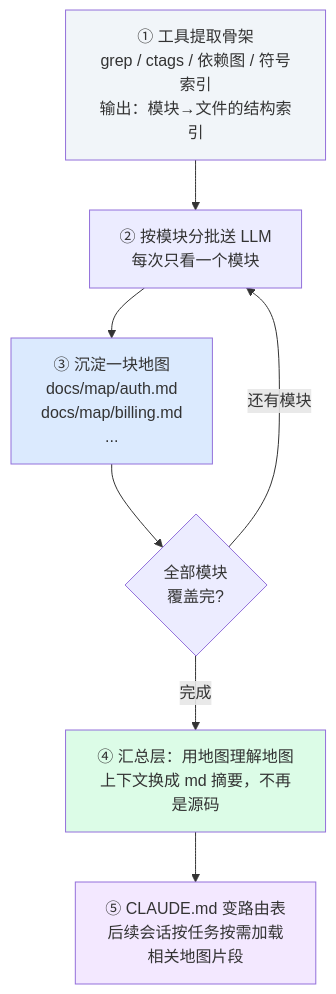
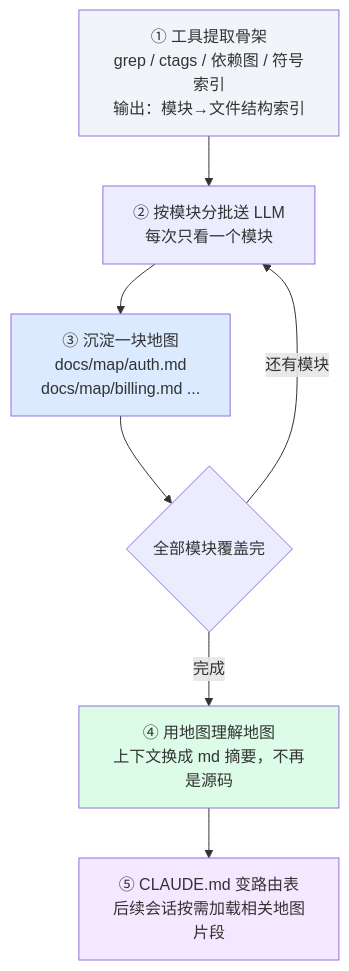
The second of 3 diagrams in retro-fit/历史代码治理实践报告.md (whaili/ArchNotes), drawn with Mermaid before and after one commit. The commit also changed other lines of this file, not shown here.

First line of the commit message:
docs: 修正 Mermaid 图表语法兼容性

````diff
--- a/retro-fit/历史代码治理实践报告.md
+++ b/retro-fit/历史代码治理实践报告.md
@@ -127,14 +127,14 @@
 ```mermaid
 flowchart TD
-    A["① 工具提取骨架<br/>grep / ctags / 依赖图 / 符号索引<br/>输出：模块→文件的结构索引"] --> B
-    B["② 按模块分批送 LLM<br/>每次只看一个模块"] --> C
-    C["③ 沉淀一块地图<br/>docs/map/auth.md<br/>docs/map/billing.md<br/>..."] --> D{全部模块<br/>覆盖完?}
-    D -- 还有模块 --> B
-    D -- 完成 --> E["④ 汇总层：用地图理解地图<br/>上下文换成 md 摘要，不再是源码"]
-    E --> F["⑤ CLAUDE.md 变路由表<br/>后续会话按任务按需加载<br/>相关地图片段"]
+    A["① 工具提取骨架<br>grep / ctags / 依赖图 / 符号索引<br>输出：模块→文件结构索引"] --> B
+    B["② 按模块分批送 LLM<br>每次只看一个模块"] --> C
+    C["③ 沉淀一块地图<br>docs/map/auth.md<br>docs/map/billing.md ..."] --> D{全部模块覆盖完}
+    D -->|还有模块| B
+    D -->|完成| E["④ 用地图理解地图<br>上下文换成 md 摘要，不再是源码"]
+    E --> F["⑤ CLAUDE.md 变路由表<br>后续会话按需加载相关地图片段"]
 
     style A fill:#f1f5f9
     style C fill:#dbeafe
     style E fill:#dcfce7
     style F fill:#f3e8ff
 ```
````
